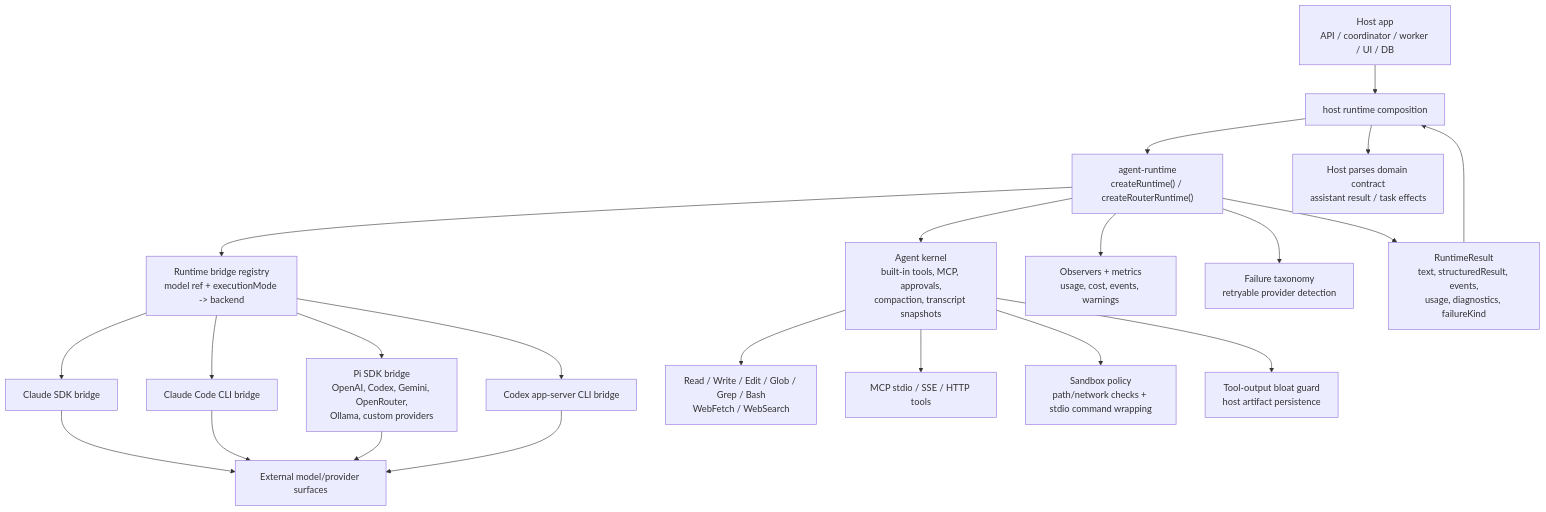
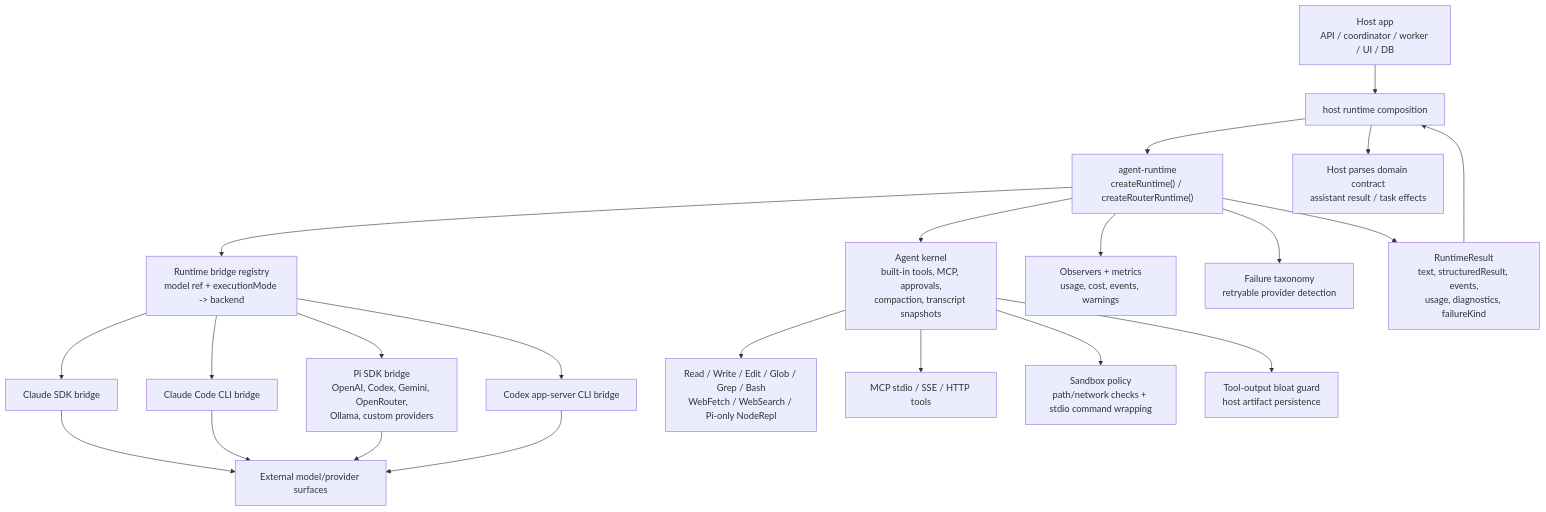
Before and after one commit to robertsreberski/mono-agent: the first of 5 diagrams in packages/agent-runtime/ARCHITECTURE.md, drawn with Mermaid. The commit also changed 32 other files, not shown here.

Commit message:
feat(runtime): add native Pi Node REPL tool (#492)

````diff
--- a/packages/agent-runtime/ARCHITECTURE.md
+++ b/packages/agent-runtime/ARCHITECTURE.md
@@ -27,30 +27,30 @@
 ```mermaid
 flowchart TB
   HostApp["Host app<br/>API / coordinator / worker / UI / DB"] --> CoreAI["host runtime composition"]
 
   CoreAI --> Runtime["agent-runtime<br/>createRuntime() / createRouterRuntime()"]
 
   Runtime --> Registry["Runtime bridge registry<br/>model ref + executionMode -> backend"]
   Runtime --> AgentKernel["Agent kernel<br/>built-in tools, MCP, approvals,<br/>compaction, transcript snapshots"]
   Runtime --> Observability["Observers + metrics<br/>usage, cost, events, warnings"]
   Runtime --> Failure["Failure taxonomy<br/>retryable provider detection"]
 
   Registry --> ClaudeSDK["Claude SDK bridge"]
   Registry --> ClaudeCLI["Claude Code CLI bridge"]
   Registry --> PiSDK["Pi SDK bridge<br/>OpenAI, Codex, Gemini, OpenRouter,<br/>Ollama, custom providers"]
   Registry --> CodexApp["Codex app-server CLI bridge"]
 
-  AgentKernel --> Builtins["Read / Write / Edit / Glob / Grep / Bash<br/>WebFetch / WebSearch"]
+  AgentKernel --> Builtins["Read / Write / Edit / Glob / Grep / Bash<br/>WebFetch / WebSearch / Pi-only NodeRepl"]
   AgentKernel --> MCP["MCP stdio / SSE / HTTP tools"]
   AgentKernel --> Sandbox["Sandbox policy<br/>path/network checks + stdio command wrapping"]
   AgentKernel --> Artifacts["Tool-output bloat guard<br/>host artifact persistence"]
 
   ClaudeSDK --> Providers["External model/provider surfaces"]
   ClaudeCLI --> Providers
   PiSDK --> Providers
   CodexApp --> Providers
 
   Runtime --> Result["RuntimeResult<br/>text, structuredResult, events,<br/>usage, diagnostics, failureKind"]
   Result --> CoreAI
   CoreAI --> HostContract["Host parses domain contract<br/>assistant result / task effects"]
 ```
````
